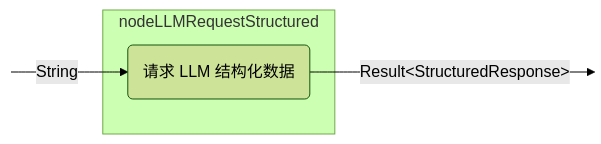
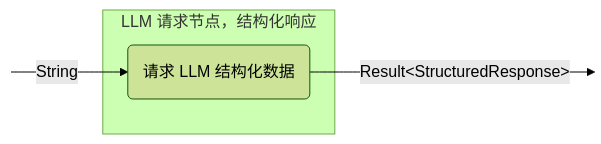
The seventh of 15 diagrams in docs/koog/nodes-and-components.md (BinaryTape/Open-Docs), drawn with Mermaid (forest theme) before and after one commit. The commit also changed other lines of this file and 164 other files, not shown here.

````diff
--- a/docs/koog/nodes-and-components.md
+++ b/docs/koog/nodes-and-components.md
@@ -363,13 +362,13 @@
 ```mermaid
 graph LR
     in:::hidden
     out:::hidden
     
-    subgraph node ["nodeLLMRequestStructured"]
+    subgraph node ["LLM 请求节点，结构化响应"]
         execute(请求 LLM 结构化数据)
     end
     
     in --String--> execute -- "Result&lt;StructuredResponse&gt;" --> out
 
     classDef hidden display: none;
 ```
````
